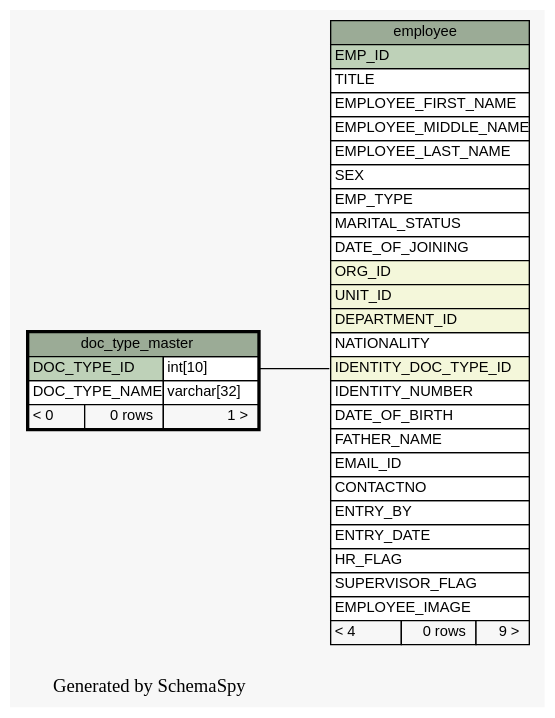
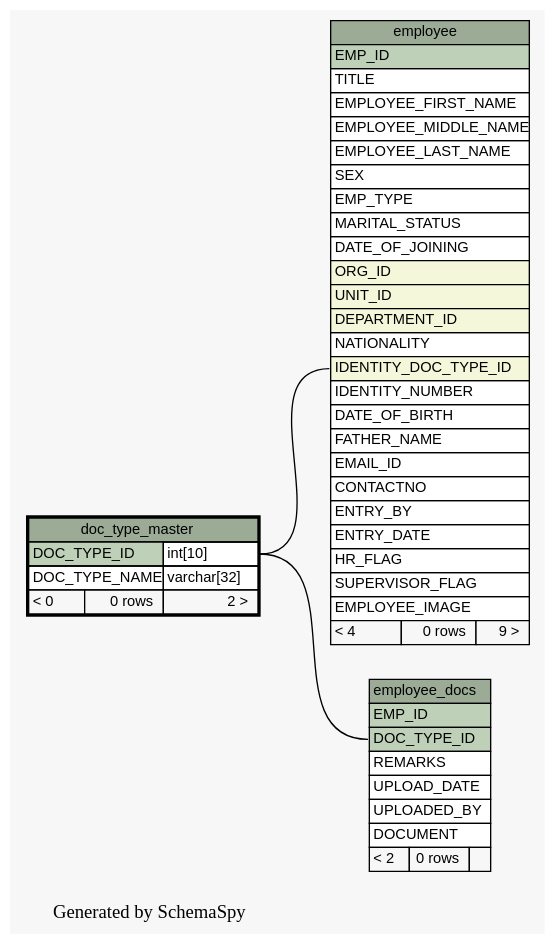
One commit to engineerscraft/hrms changed the diagram in docs/database/schemaspy/graphs/doc_type_master.1degree.dot. Above: the diagram before and after it, drawn with Graphviz. The commit also changed 102 other files, not shown here.

Commit message:
DOC_TYPE_ID foreign key added in EMPLOYEE_DOCS and document generated

```diff
--- a/docs/database/schemaspy/graphs/doc_type_master.1degree.dot
+++ b/docs/database/schemaspy/graphs/doc_type_master.1degree.dot
@@ -1,62 +1,78 @@
 // dot 2.38.0 on Windows 7 6.1
 digraph "oneDegreeRelationshipsGraph" {
   graph [
     rankdir="RL"
     bgcolor="#f7f7f7"
     label="\nGenerated by SchemaSpy"
     labeljust="l"
   ];
   node [
     fontname="Helvetica"
     fontsize="11"
     shape="plaintext"
   ];
   edge [
     arrowsize="0.8"
   ];
   "employee":"IDENTITY_DOC_TYPE_ID":w -> "doc_type_master":"DOC_TYPE_ID.type":e [arrowtail=crowodot arrowhead=none];
+  "employee_docs":"DOC_TYPE_ID":w -> "doc_type_master":"DOC_TYPE_ID.type":e [arrowtail=crowtee arrowhead=none];
   "doc_type_master" [
     label=<
     <TABLE BORDER="2" CELLBORDER="1" CELLSPACING="0" BGCOLOR="#ffffff">
       <TR><TD PORT="doc_type_master.heading" COLSPAN="3" BGCOLOR="#9bab96" ALIGN="CENTER">doc_type_master</TD></TR>
       <TR><TD PORT="DOC_TYPE_ID" COLSPAN="2" BGCOLOR="#bed1b8" ALIGN="LEFT">DOC_TYPE_ID</TD><TD PORT="DOC_TYPE_ID.type" ALIGN="LEFT">int[10]</TD></TR>
       <TR><TD PORT="DOC_TYPE_NAME" COLSPAN="2" ALIGN="LEFT">DOC_TYPE_NAME</TD><TD PORT="DOC_TYPE_NAME.type" ALIGN="LEFT">varchar[32]</TD></TR>
-      <TR><TD ALIGN="LEFT" BGCOLOR="#f7f7f7">&lt; 0</TD><TD ALIGN="RIGHT" BGCOLOR="#f7f7f7">0 rows</TD><TD ALIGN="RIGHT" BGCOLOR="#f7f7f7">1 &gt;</TD></TR>
+      <TR><TD ALIGN="LEFT" BGCOLOR="#f7f7f7">&lt; 0</TD><TD ALIGN="RIGHT" BGCOLOR="#f7f7f7">0 rows</TD><TD ALIGN="RIGHT" BGCOLOR="#f7f7f7">2 &gt;</TD></TR>
     </TABLE>>
     URL="doc_type_master.html#"
     tooltip="doc_type_master"
   ];
   "employee" [
     label=<
     <TABLE BORDER="0" CELLBORDER="1" CELLSPACING="0" BGCOLOR="#ffffff">
       <TR><TD PORT="employee.heading" COLSPAN="3" BGCOLOR="#9bab96" ALIGN="CENTER">employee</TD></TR>
       <TR><TD PORT="EMP_ID" COLSPAN="3" BGCOLOR="#bed1b8" ALIGN="LEFT">EMP_ID</TD></TR>
       <TR><TD PORT="TITLE" COLSPAN="3" ALIGN="LEFT">TITLE</TD></TR>
       <TR><TD PORT="EMPLOYEE_FIRST_NAME" COLSPAN="3" ALIGN="LEFT">EMPLOYEE_FIRST_NAME</TD></TR>
       <TR><TD PORT="EMPLOYEE_MIDDLE_NAME" COLSPAN="3" ALIGN="LEFT">EMPLOYEE_MIDDLE_NAME</TD></TR>
       <TR><TD PORT="EMPLOYEE_LAST_NAME" COLSPAN="3" ALIGN="LEFT">EMPLOYEE_LAST_NAME</TD></TR>
       <TR><TD PORT="SEX" COLSPAN="3" ALIGN="LEFT">SEX</TD></TR>
       <TR><TD PORT="EMP_TYPE" COLSPAN="3" ALIGN="LEFT">EMP_TYPE</TD></TR>
       <TR><TD PORT="MARITAL_STATUS" COLSPAN="3" ALIGN="LEFT">MARITAL_STATUS</TD></TR>
       <TR><TD PORT="DATE_OF_JOINING" COLSPAN="3" ALIGN="LEFT">DATE_OF_JOINING</TD></TR>
       <TR><TD PORT="ORG_ID" COLSPAN="3" BGCOLOR="#f4f7da" ALIGN="LEFT">ORG_ID</TD></TR>
       <TR><TD PORT="UNIT_ID" COLSPAN="3" BGCOLOR="#f4f7da" ALIGN="LEFT">UNIT_ID</TD></TR>
       <TR><TD PORT="DEPARTMENT_ID" COLSPAN="3" BGCOLOR="#f4f7da" ALIGN="LEFT">DEPARTMENT_ID</TD></TR>
       <TR><TD PORT="NATIONALITY" COLSPAN="3" ALIGN="LEFT">NATIONALITY</TD></TR>
       <TR><TD PORT="IDENTITY_DOC_TYPE_ID" COLSPAN="3" BGCOLOR="#f4f7da" ALIGN="LEFT">IDENTITY_DOC_TYPE_ID</TD></TR>
       <TR><TD PORT="IDENTITY_NUMBER" COLSPAN="3" ALIGN="LEFT">IDENTITY_NUMBER</TD></TR>
       <TR><TD PORT="DATE_OF_BIRTH" COLSPAN="3" ALIGN="LEFT">DATE_OF_BIRTH</TD></TR>
       <TR><TD PORT="FATHER_NAME" COLSPAN="3" ALIGN="LEFT">FATHER_NAME</TD></TR>
       <TR><TD PORT="EMAIL_ID" COLSPAN="3" ALIGN="LEFT">EMAIL_ID</TD></TR>
       <TR><TD PORT="CONTACTNO" COLSPAN="3" ALIGN="LEFT">CONTACTNO</TD></TR>
       <TR><TD PORT="ENTRY_BY" COLSPAN="3" ALIGN="LEFT">ENTRY_BY</TD></TR>
       <TR><TD PORT="ENTRY_DATE" COLSPAN="3" ALIGN="LEFT">ENTRY_DATE</TD></TR>
       <TR><TD PORT="HR_FLAG" COLSPAN="3" ALIGN="LEFT">HR_FLAG</TD></TR>
       <TR><TD PORT="SUPERVISOR_FLAG" COLSPAN="3" ALIGN="LEFT">SUPERVISOR_FLAG</TD></TR>
       <TR><TD PORT="EMPLOYEE_IMAGE" COLSPAN="3" ALIGN="LEFT">EMPLOYEE_IMAGE</TD></TR>
       <TR><TD ALIGN="LEFT" BGCOLOR="#f7f7f7">&lt; 4</TD><TD ALIGN="RIGHT" BGCOLOR="#f7f7f7">0 rows</TD><TD ALIGN="RIGHT" BGCOLOR="#f7f7f7">9 &gt;</TD></TR>
     </TABLE>>
     URL="employee.html#graph"
     tooltip="employee"
   ];
+  "employee_docs" [
+    label=<
+    <TABLE BORDER="0" CELLBORDER="1" CELLSPACING="0" BGCOLOR="#ffffff">
+      <TR><TD PORT="employee_docs.heading" COLSPAN="3" BGCOLOR="#9bab96" ALIGN="CENTER">employee_docs</TD></TR>
+      <TR><TD PORT="EMP_ID" COLSPAN="3" BGCOLOR="#bed1b8" ALIGN="LEFT">EMP_ID</TD></TR>
+      <TR><TD PORT="DOC_TYPE_ID" COLSPAN="3" BGCOLOR="#bed1b8" ALIGN="LEFT">DOC_TYPE_ID</TD></TR>
+      <TR><TD PORT="REMARKS" COLSPAN="3" ALIGN="LEFT">REMARKS</TD></TR>
+      <TR><TD PORT="UPLOAD_DATE" COLSPAN="3" ALIGN="LEFT">UPLOAD_DATE</TD></TR>
+      <TR><TD PORT="UPLOADED_BY" COLSPAN="3" ALIGN="LEFT">UPLOADED_BY</TD></TR>
+      <TR><TD PORT="DOCUMENT" COLSPAN="3" ALIGN="LEFT">DOCUMENT</TD></TR>
+      <TR><TD ALIGN="LEFT" BGCOLOR="#f7f7f7">&lt; 2</TD><TD ALIGN="RIGHT" BGCOLOR="#f7f7f7">0 rows</TD><TD ALIGN="RIGHT" BGCOLOR="#f7f7f7">  </TD></TR>
+    </TABLE>>
+    URL="employee_docs.html#graph"
+    tooltip="employee_docs"
+  ];
 }
```
